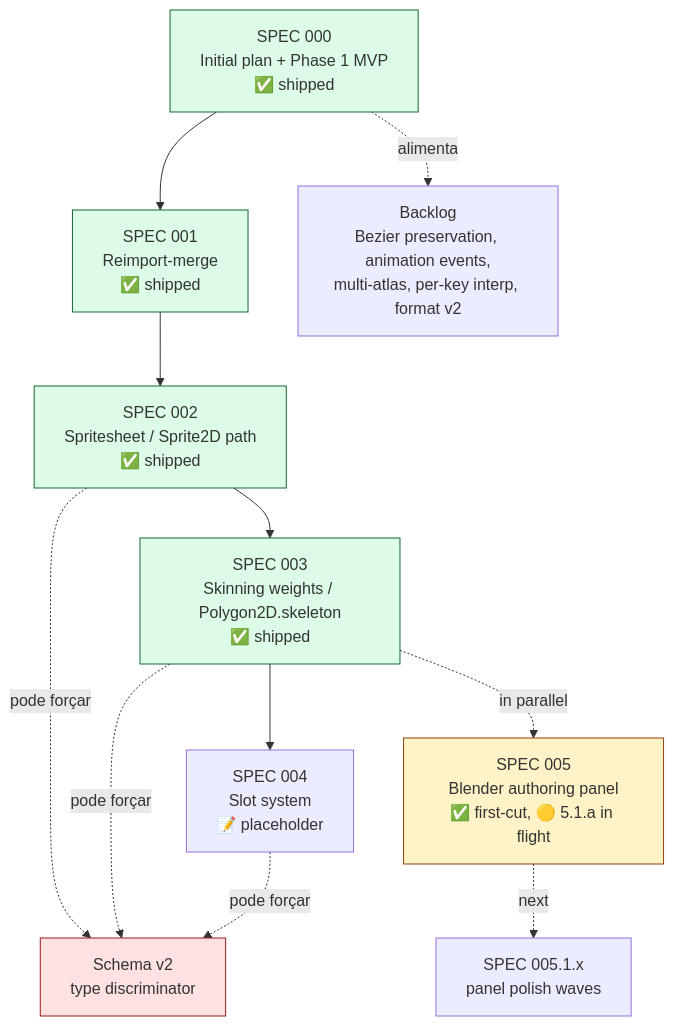
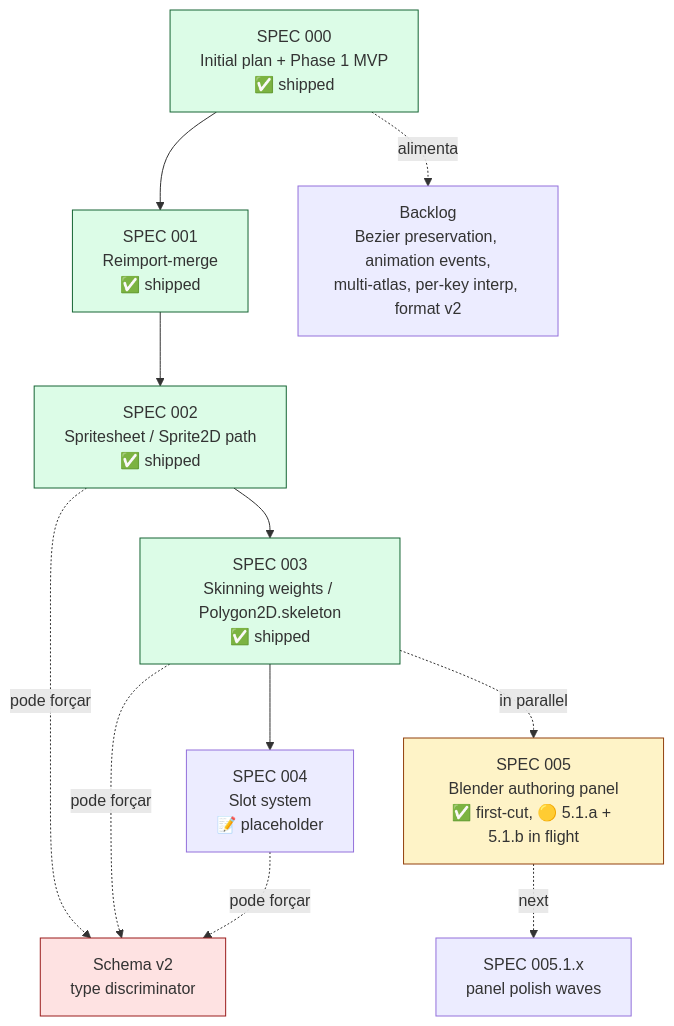
One commit to Space-Wizard-Studios/firebound-proscenio changed the fourth of 5 diagrams in STATUS.md. Above: the diagram before and after it, drawn with Mermaid. The commit also changed other lines of this file and 1 other file, not shown here.

First line of the commit message:
docs: close SPEC 005.1.b helpers wave — TODO + STATUS

````diff
--- a/STATUS.md
+++ b/STATUS.md
@@ -136,32 +136,32 @@
 ```mermaid
 flowchart TB
     S0[SPEC 000<br/>Initial plan + Phase 1 MVP<br/>✅ shipped]
     S1[SPEC 001<br/>Reimport-merge<br/>✅ shipped]
     S2[SPEC 002<br/>Spritesheet / Sprite2D path<br/>✅ shipped]
     S3[SPEC 003<br/>Skinning weights / Polygon2D.skeleton<br/>✅ shipped]
     S4[SPEC 004<br/>Slot system<br/>📝 placeholder]
-    S5[SPEC 005<br/>Blender authoring panel<br/>✅ first-cut, 🟡 5.1.a in flight]
+    S5[SPEC 005<br/>Blender authoring panel<br/>✅ first-cut, 🟡 5.1.a + 5.1.b in flight]
 
     BACKLOG[Backlog<br/>Bezier preservation, animation events,<br/>multi-atlas, per-key interp, format v2]
 
     S0 --> S1
     S1 --> S2
     S2 --> S3
     S3 --> S4
     S3 -.in parallel.-> S5
 
     S0 -.alimenta.-> BACKLOG
     S2 -.pode forçar.-> SCHEMA_V2[Schema v2<br/>type discriminator]
     S3 -.pode forçar.-> SCHEMA_V2
     S4 -.pode forçar.-> SCHEMA_V2
 
     style S0 fill:#dcfce7,stroke:#166534
     style S1 fill:#dcfce7,stroke:#166534
     style S2 fill:#dcfce7,stroke:#166534
     style S3 fill:#dcfce7,stroke:#166534
     style S5 fill:#fef3c7,stroke:#92400e
     style SCHEMA_V2 fill:#fee2e2,stroke:#991b1b
 
     NEXTWAVE[SPEC 005.1.x<br/>panel polish waves]
     S5 -.next.-> NEXTWAVE
 ```
````
